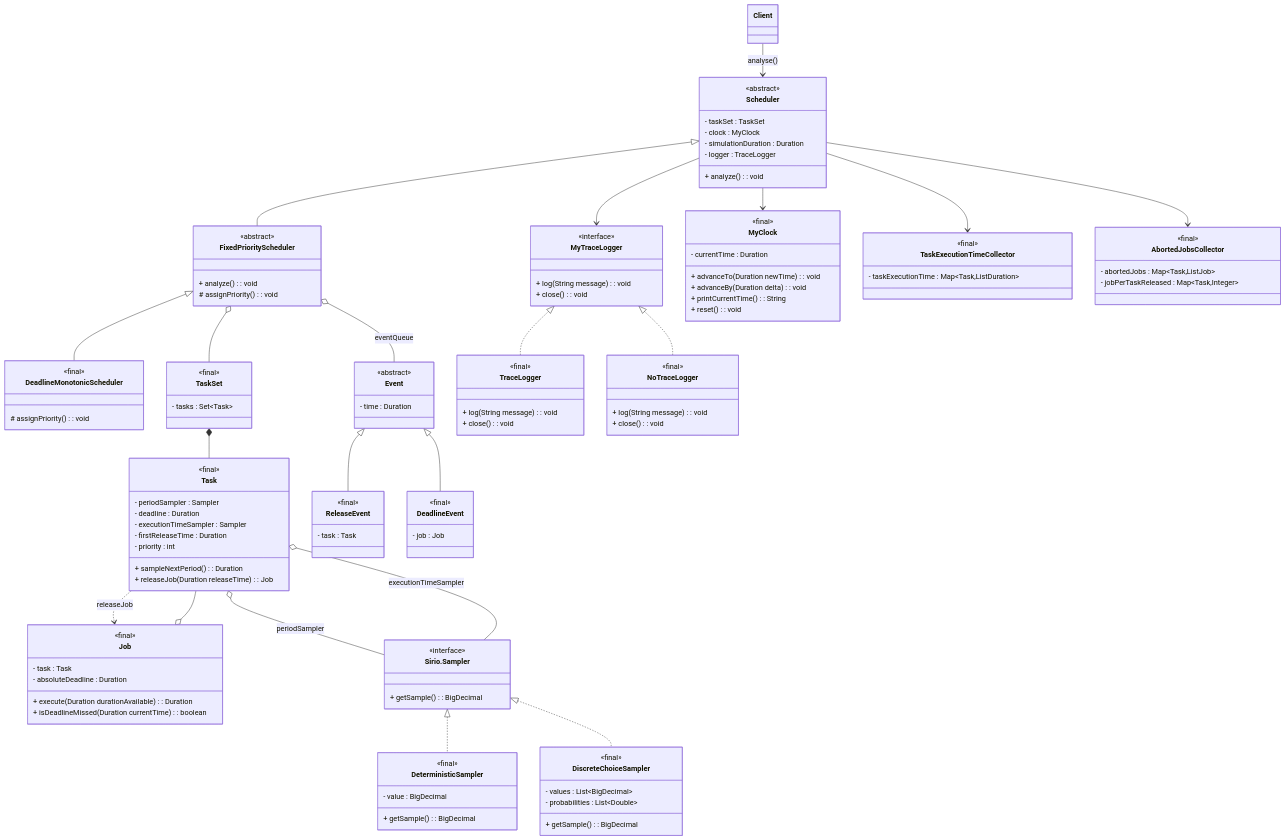
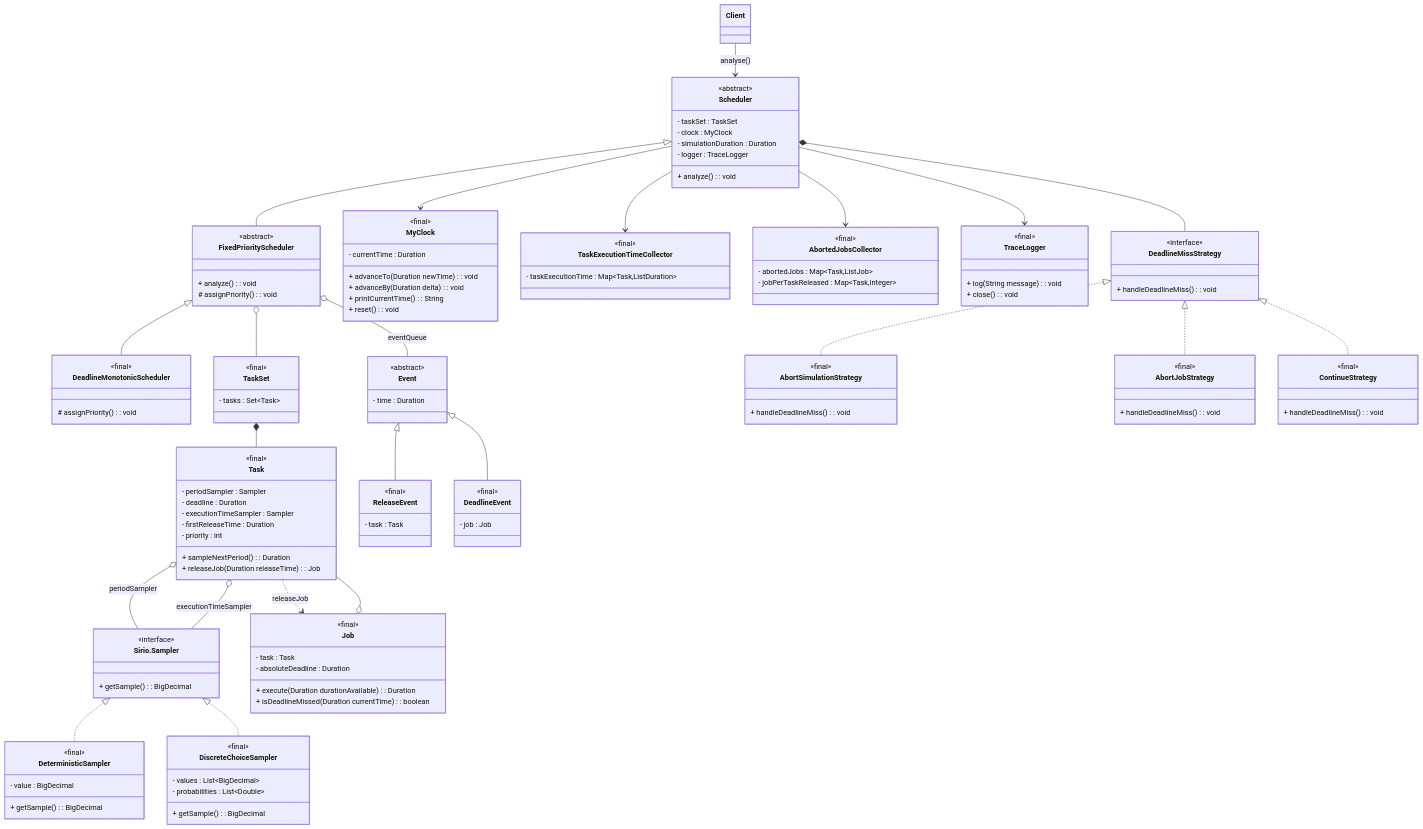
The diagram in report/images/1-simulator/class_diagram.mmd (edoardosarri24/probabilistic-soft-real-time-analysis), drawn with Mermaid before and after one commit. The commit also changed 22 other files, not shown here.

Commit message:
job deadline miss policy with documentation

```diff
--- a/report/images/1-simulator/class_diagram.mmd
+++ b/report/images/1-simulator/class_diagram.mmd
@@ -1,149 +1,159 @@
 classDiagram
 
     %% Scheduler
     class Scheduler {
         <<abstract>>
         - taskSet : TaskSet
         - clock : MyClock
         - simulationDuration : Duration
         - logger : TraceLogger
         + analyze() : void
     }
 
     class FixedPriorityScheduler {
         <<abstract>>
         + analyze() : void
         # assignPriority() : void
     }
 
     class DeadlineMonotonicScheduler {
         <<final>>
         # assignPriority() : void
+    }
+
+    %% Strategy
+    class DeadlineMissStrategy {
+        <<interface>>
+        + handleDeadlineMiss() : void
+    }
+
+    class AbortSimulationStrategy {
+        <<final>>
+        + handleDeadlineMiss() : void
+    }
+
+    class AbortJobStrategy {
+        <<final>>
+        + handleDeadlineMiss() : void
+    }
+
+    class ContinueStrategy {
+        <<final>>
+        + handleDeadlineMiss() : void
     }
 
     %% TaskSet
     class TaskSet {
         <<final>>
         - tasks : Set~Task~
     }
 
     class Task {
         <<final>>
         - periodSampler : Sampler
         - deadline : Duration
         - executionTimeSampler : Sampler
         - firstReleaseTime : Duration
         - priority : int
         + sampleNextPeriod() : Duration
         + releaseJob(Duration releaseTime) : Job
     }
 
     class Job {
         <<final>>
         - task : Task
         - absoluteDeadline : Duration
         + execute(Duration durationAvailable) : Duration
         + isDeadlineMissed(Duration currentTime) : boolean
     }
 
     %% Event
     class Event {
         <<abstract>>
         - time : Duration
     }
 
     class ReleaseEvent {
         <<final>>
         - task : Task
     }
 
     class DeadlineEvent {
         <<final>>
         - job : Job
     }
 
-    %% Logger
-    class MyTraceLogger {
-        <<interface>>
-        + log(String message) : void
-        + close() : void
-    }
-
-    class TraceLogger {
-        <<final>>
-        + log(String message) : void
-        + close() : void
-    }
-
-    class NoTraceLogger {
-        <<final>>
-        + log(String message) : void
-        + close() : void
-    }
-
     %% Sampler
     class Sirio.Sampler {
         <<interface>>
         + getSample() : BigDecimal
     }
 
     class DeterministicSampler {
         <<final>>
         - value : BigDecimal
         + getSample() : BigDecimal
     }
 
     class DiscreteChoiceSampler {
         <<final>>
         - values : List~BigDecimal~
         - probabilities : List~Double~
         + getSample() : BigDecimal
     }
 
     %% Utils
     class MyClock {
         <<final>>
         - currentTime : Duration
         + advanceTo(Duration newTime) : void
         + advanceBy(Duration delta) : void
         + printCurrentTime() : String
         + reset() : void
     }
 
+    class TraceLogger {
+        <<final>>
+        + log(String message) : void
+        + close() : void
+    }
+
     class TaskExecutionTimeCollector{
         <<final>>
         - taskExecutionTime : Map~Task,ListDuration~
     }
 
     class AbortedJobsCollector{
         <<final>>
         - abortedJobs : Map~Task,ListJob~
         - jobPerTaskReleased : Map~Task,Integer~
     }
 
     %% Relationships
     Client --> Scheduler : analyse()
     %% Scheduler
     Scheduler <|-- FixedPriorityScheduler
     FixedPriorityScheduler <|-- DeadlineMonotonicScheduler
     Scheduler --> MyClock
-    Scheduler --> MyTraceLogger
     Scheduler --> TaskExecutionTimeCollector
     Scheduler --> AbortedJobsCollector
     FixedPriorityScheduler o-- TaskSet
     FixedPriorityScheduler o-- Event : eventQueue
+    Scheduler --> TraceLogger
+    Scheduler *-- DeadlineMissStrategy
     %% TaskSet
     TaskSet *-- Task
     Job o-- Task
     Task o-- Sirio.Sampler : periodSampler
     Task o-- Sirio.Sampler : executionTimeSampler
     Task ..> Job : releaseJob
     %% Event
     Event <|-- ReleaseEvent
     Event <|-- DeadlineEvent
-    %% Logger
-    MyTraceLogger <|.. TraceLogger
-    MyTraceLogger <|.. NoTraceLogger
     %% Sampler
     Sirio.Sampler <|.. DeterministicSampler
     Sirio.Sampler <|.. DiscreteChoiceSampler
+    %% Streategy
+    DeadlineMissStrategy <|.. AbortSimulationStrategy
+    DeadlineMissStrategy <|.. AbortJobStrategy
+    DeadlineMissStrategy <|.. ContinueStrategy
```
